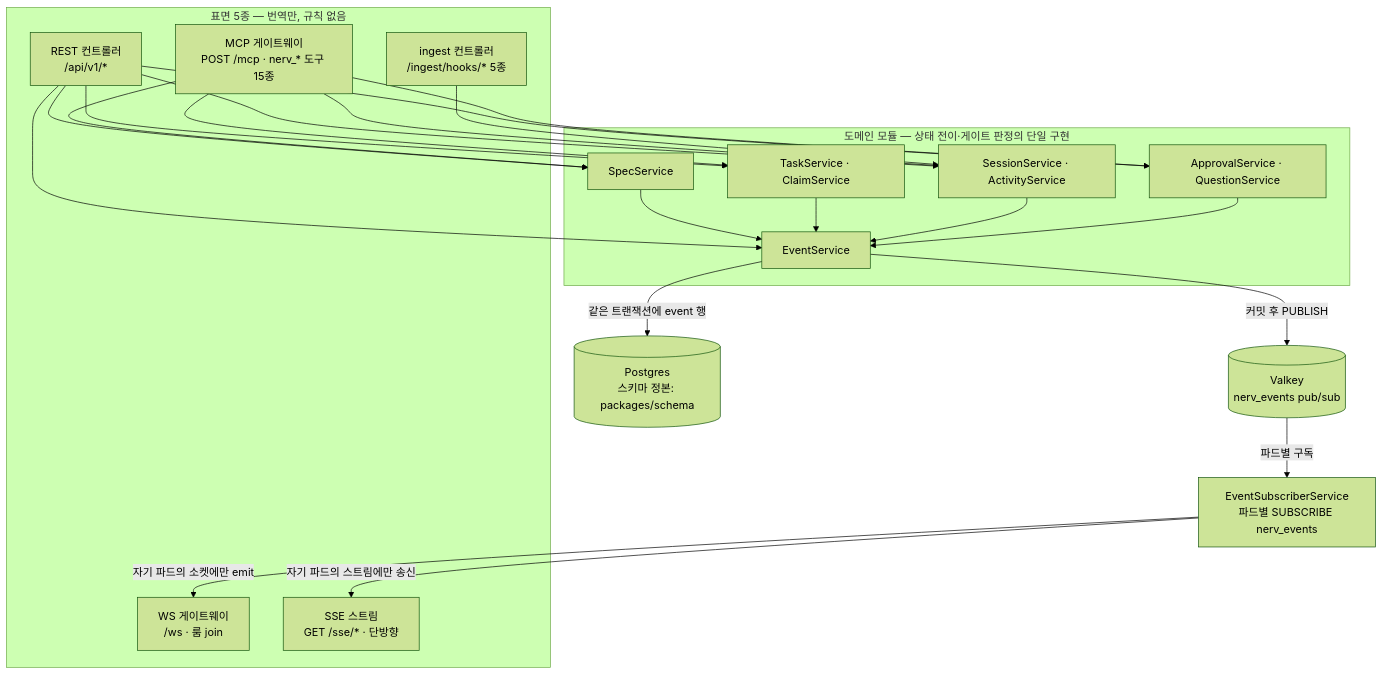
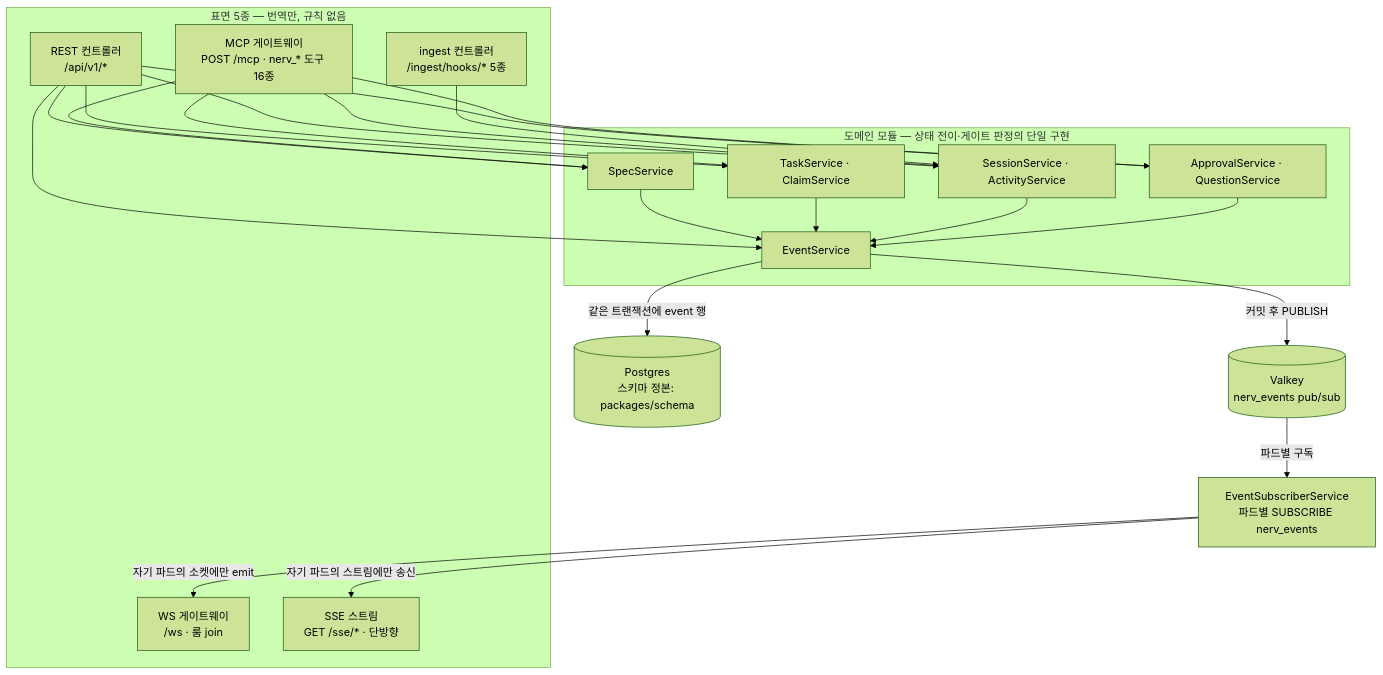
Before and after one commit to worker-ants/nerv: the diagram in docs/04-mvp/codebase.md, drawn with Mermaid (forest theme). The commit also changed other lines of this file and 20 other files, not shown here.

First line of the commit message:
feat(cli,api,schema): 임포트 계약에 sort_key 추가 + MCP 도구 16종 확정 반영

````diff
--- a/docs/04-mvp/codebase.md
+++ b/docs/04-mvp/codebase.md
@@ -156,40 +156,40 @@
 ```mermaid
 flowchart TB
   subgraph SURF["표면 5종 — 번역만, 규칙 없음"]
     REST["REST 컨트롤러<br/>/api/v1/*"]
-    MCP["MCP 게이트웨이<br/>POST /mcp · nerv_* 도구 15종"]
+    MCP["MCP 게이트웨이<br/>POST /mcp · nerv_* 도구 16종"]
     WS["WS 게이트웨이<br/>/ws · 룸 join"]
     SSE["SSE 스트림<br/>GET /sse/* · 단방향"]
     ING["ingest 컨트롤러<br/>/ingest/hooks/* 5종"]
   end
   subgraph DOM["도메인 모듈 — 상태 전이·게이트 판정의 단일 구현"]
     SS["SpecService"]
     TS["TaskService · ClaimService"]
     SES["SessionService · ActivityService"]
     AP["ApprovalService · QuestionService"]
     EV["EventService"]
   end
   PG[("Postgres<br/>스키마 정본: packages/schema")]
   VK[("Valkey<br/>nerv_events pub/sub")]
   SUB["EventSubscriberService<br/>파드별 SUBSCRIBE nerv_events"]
 
   REST --> SS
   REST --> TS
   REST --> SES
   REST --> AP
   REST --> EV
   MCP --> SS
   MCP --> TS
   MCP --> SES
   MCP --> AP
   ING --> SES
   SS --> EV
   TS --> EV
   SES --> EV
   AP --> EV
   EV -->|"같은 트랜잭션에 event 행"| PG
   EV -->|"커밋 후 PUBLISH"| VK
   VK -->|"파드별 구독"| SUB
   SUB -->|"자기 파드의 소켓에만 emit"| WS
   SUB -->|"자기 파드의 스트림에만 송신"| SSE
 ```
````
